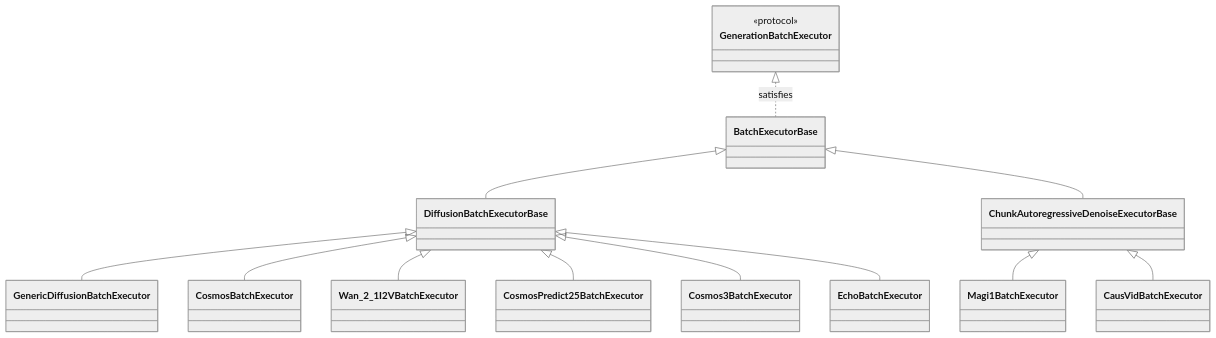
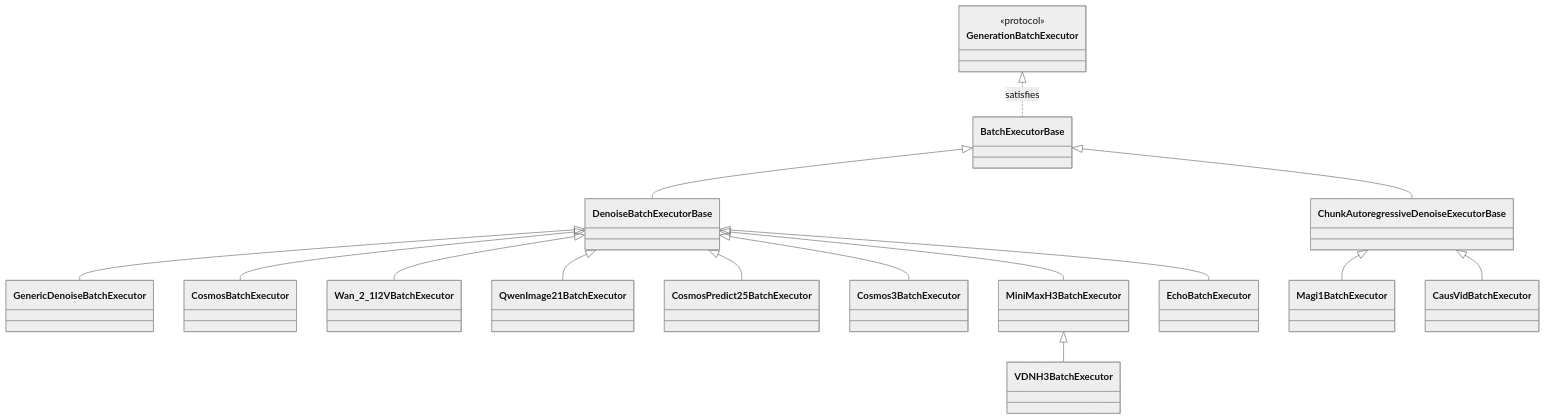
Before and after one commit to guoriyue/VRL: the second of 3 diagrams in docs/ENGINE_ARCHITECTURE.md, drawn with Mermaid (neutral theme). The commit also changed other lines of this file and 9 other files, not shown here.

````diff
--- a/docs/ENGINE_ARCHITECTURE.md
+++ b/docs/ENGINE_ARCHITECTURE.md
@@ -151,19 +151,22 @@
 ```mermaid
 classDiagram
     class GenerationBatchExecutor { <<protocol>> }
     class BatchExecutorBase
-    class DiffusionBatchExecutorBase
-    class GenericDiffusionBatchExecutor
+    class DenoiseBatchExecutorBase
+    class GenericDenoiseBatchExecutor
     class ChunkAutoregressiveDenoiseExecutorBase
     GenerationBatchExecutor <|.. BatchExecutorBase : satisfies
-    BatchExecutorBase <|-- DiffusionBatchExecutorBase
+    BatchExecutorBase <|-- DenoiseBatchExecutorBase
     BatchExecutorBase <|-- ChunkAutoregressiveDenoiseExecutorBase
-    DiffusionBatchExecutorBase <|-- GenericDiffusionBatchExecutor
-    DiffusionBatchExecutorBase <|-- CosmosBatchExecutor
-    DiffusionBatchExecutorBase <|-- Wan_2_1I2VBatchExecutor
-    DiffusionBatchExecutorBase <|-- CosmosPredict25BatchExecutor
-    DiffusionBatchExecutorBase <|-- Cosmos3BatchExecutor
-    DiffusionBatchExecutorBase <|-- EchoBatchExecutor
+    DenoiseBatchExecutorBase <|-- GenericDenoiseBatchExecutor
+    DenoiseBatchExecutorBase <|-- CosmosBatchExecutor
+    DenoiseBatchExecutorBase <|-- Wan_2_1I2VBatchExecutor
+    DenoiseBatchExecutorBase <|-- QwenImage21BatchExecutor
+    DenoiseBatchExecutorBase <|-- CosmosPredict25BatchExecutor
+    DenoiseBatchExecutorBase <|-- Cosmos3BatchExecutor
+    DenoiseBatchExecutorBase <|-- MiniMaxH3BatchExecutor
+    DenoiseBatchExecutorBase <|-- EchoBatchExecutor
+    MiniMaxH3BatchExecutor <|-- VDNH3BatchExecutor
     ChunkAutoregressiveDenoiseExecutorBase <|-- Magi1BatchExecutor
     ChunkAutoregressiveDenoiseExecutorBase <|-- CausVidBatchExecutor
 ```
````
